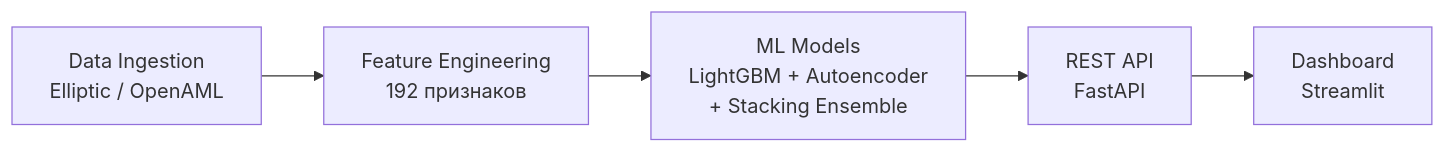
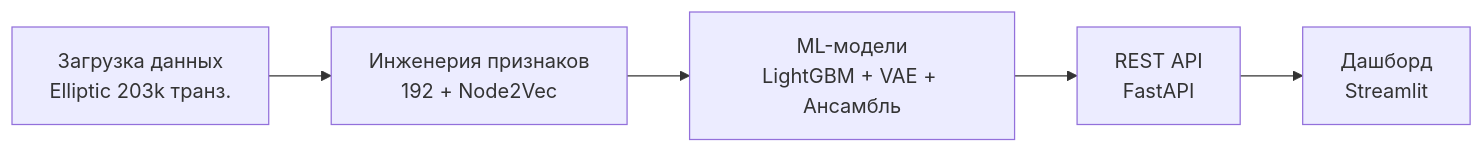
Before and after one commit to KirillYuzh/Hybrid-Theory: the diagram in README.md, drawn with Mermaid. The commit also changed other lines of this file and 27 other files, not shown here.

````diff
--- a/README.md
+++ b/README.md
@@ -13,7 +35,7 @@
 ```mermaid
 flowchart LR
-    A[Data Ingestion<br/>Elliptic / OpenAML] --> B[Feature Engineering<br/>192 признаков]
-    B --> C[ML Models<br/>LightGBM + Autoencoder<br/>+ Stacking Ensemble]
+    A[Загрузка данных<br/>Elliptic 203k транз.] --> B[Инженерия признаков<br/>192 + Node2Vec]
+    B --> C[ML-модели<br/>LightGBM + VAE + Ансамбль]
     C --> D[REST API<br/>FastAPI]
-    D --> E[Dashboard<br/>Streamlit]
+    D --> E[Дашборд<br/>Streamlit]
 ```
````
